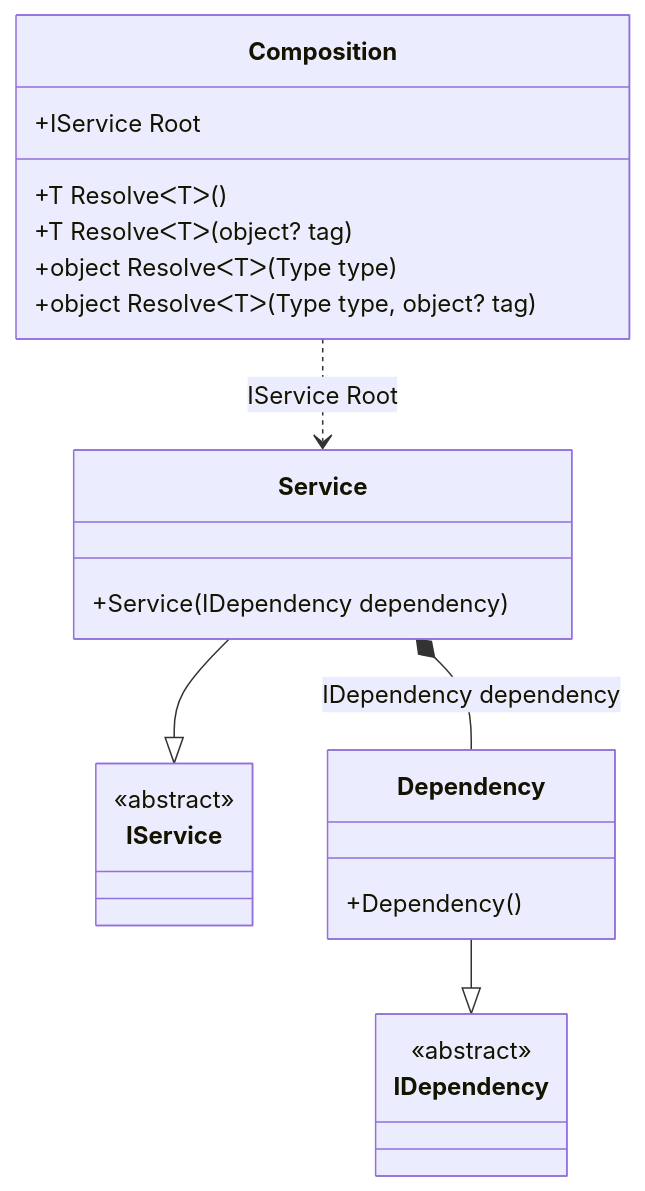
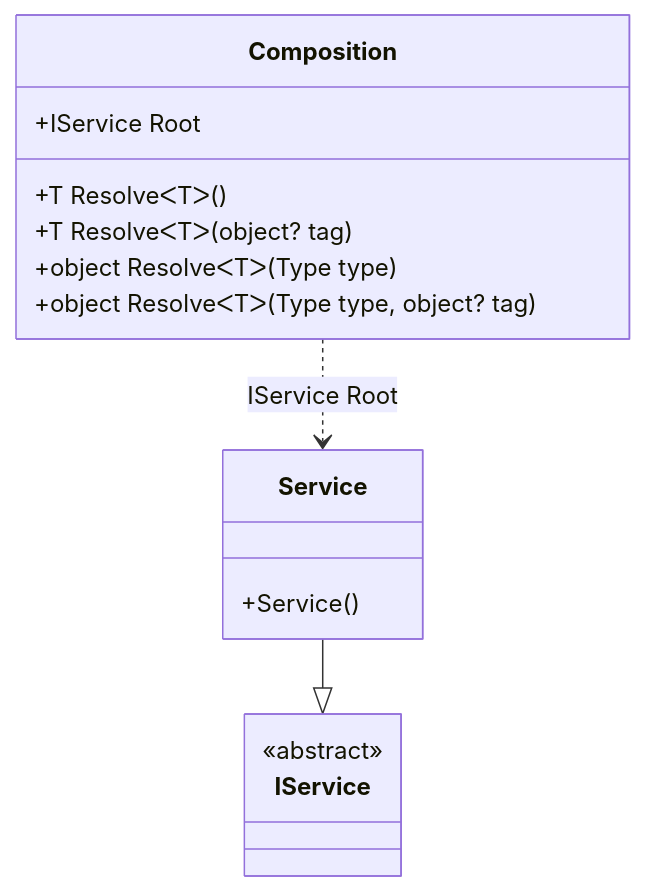
One commit to DevTeam/Pure.DI changed the diagram in readme/interception.md. Above: the diagram before and after it, drawn with Mermaid. The commit also changed other lines of this file and 18 other files, not shown here.

````diff
--- a/readme/interception.md
+++ b/readme/interception.md
@@ -93,26 +56,18 @@
 ```mermaid
 classDiagram
   class Composition {
     +IService Root
     +T ResolveᐸTᐳ()
     +T ResolveᐸTᐳ(object? tag)
     +object ResolveᐸTᐳ(Type type)
     +object ResolveᐸTᐳ(Type type, object? tag)
   }
   Service --|> IService : 
   class Service {
-    +Service(IDependency dependency)
-  }
-  Dependency --|> IDependency : 
-  class Dependency {
-    +Dependency()
+    +Service()
   }
   class IService {
     <<abstract>>
   }
-  class IDependency {
-    <<abstract>>
-  }
-  Service *--  Dependency : IDependency dependency
   Composition ..> Service : IService Root
 ```
````
